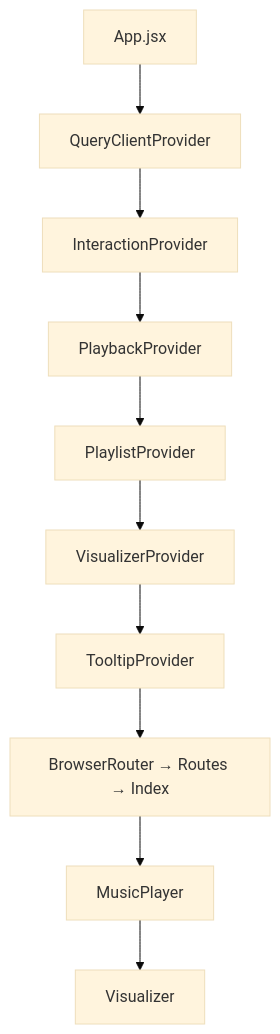
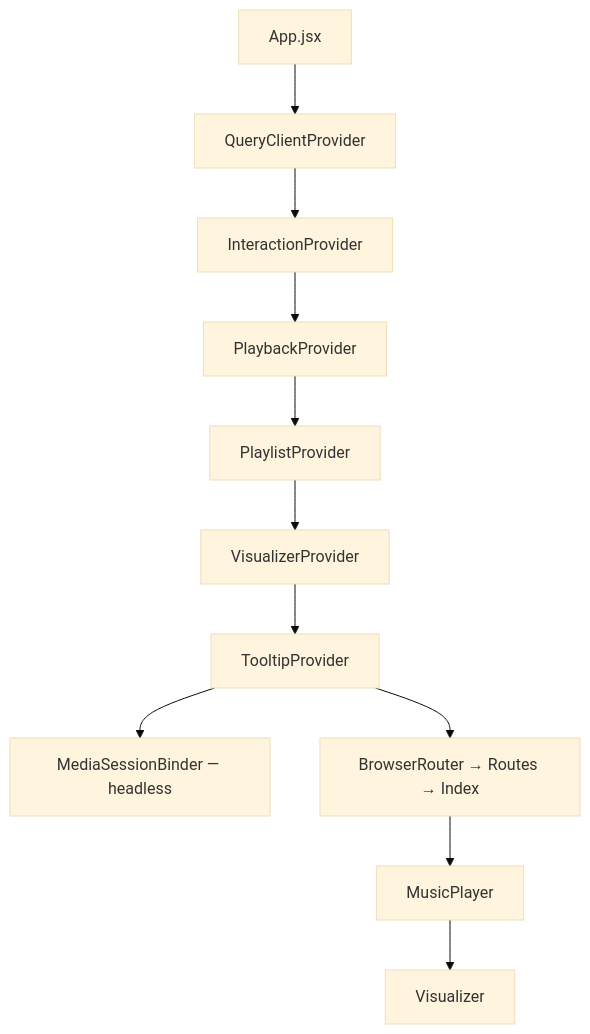
The diagram in docs/architect/README.md (tansautn/darkwave-visualizer-player), drawn with Mermaid (base theme) before and after one commit. The commit also changed other lines of this file and 7 other files, not shown here.

````diff
--- a/docs/architect/README.md
+++ b/docs/architect/README.md
@@ -9,16 +9,19 @@
 ```mermaid
 graph TD
   App[App.jsx]
   QC[QueryClientProvider]
   IP[InteractionProvider]
   PB[PlaybackProvider]
   PL[PlaylistProvider]
   VP[VisualizerProvider]
   TT[TooltipProvider]
+  MSB[MediaSessionBinder — headless]
   Router[BrowserRouter → Routes → Index]
   MP[MusicPlayer]
   VZ[Visualizer]
 
-  App --> QC --> IP --> PB --> PL --> VP --> TT --> Router --> MP
+  App --> QC --> IP --> PB --> PL --> VP --> TT
+  TT --> MSB
+  TT --> Router --> MP
   MP --> VZ
 ```
````
